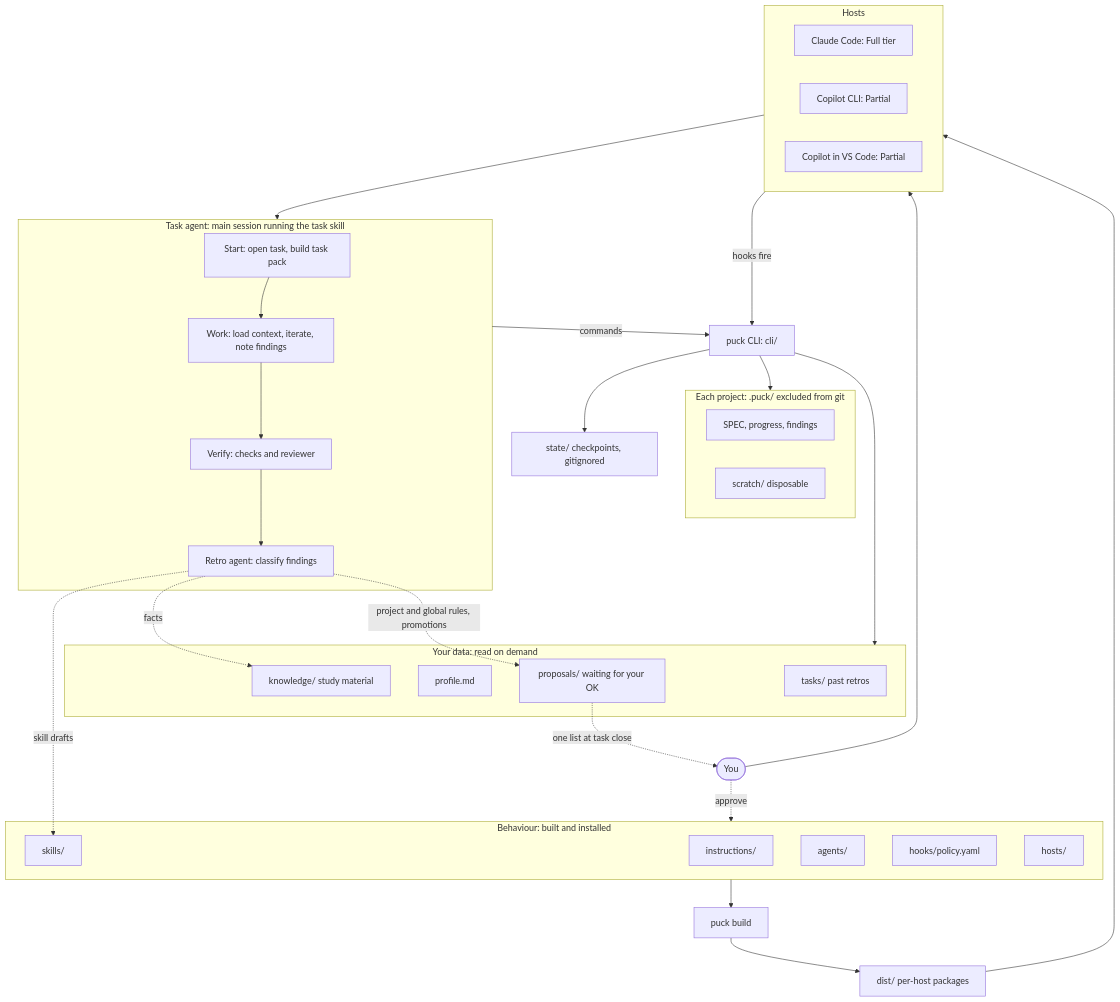
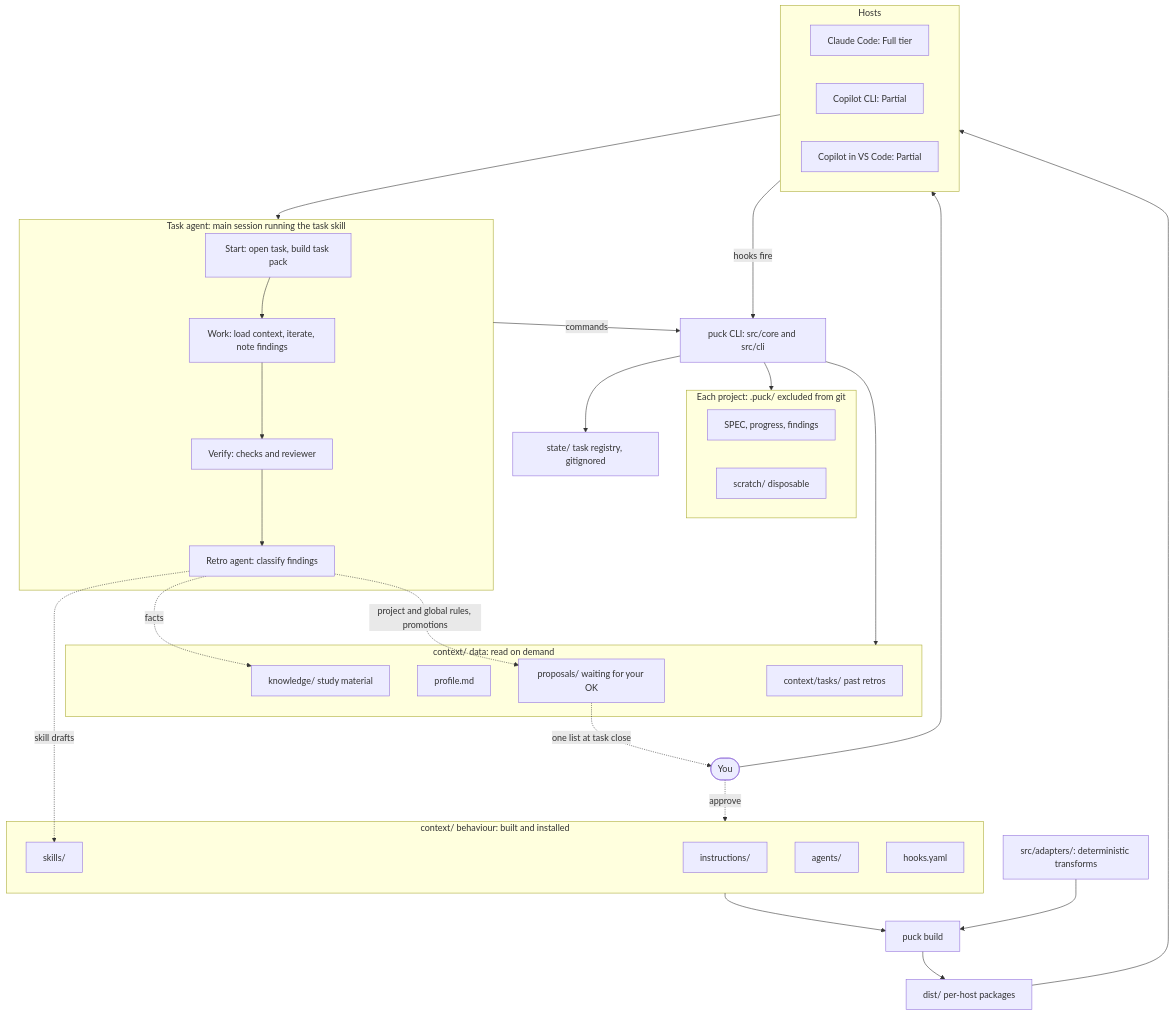
The diagram in docs/design.md (DouglasBergamim/puck), drawn with Mermaid before and after one commit. The commit also changed other lines of this file and 123 other files, not shown here.

````diff
--- a/docs/design.md
+++ b/docs/design.md
@@ -40,62 +42,64 @@
 ```mermaid
 flowchart TB
     you(["You"])
 
-    subgraph behaviour["Behaviour: built and installed"]
+    subgraph behaviour["context/ behaviour: built and installed"]
         instructions["instructions/"]
         skills["skills/"]
         agents["agents/"]
-        hooks["hooks/policy.yaml"]
-        hostcfg["hosts/"]
+        hooks["hooks.yaml"]
     end
+
+    adapters["src/adapters/: deterministic transforms"]
 
     build["puck build"]
     dist["dist/ per-host packages"]
 
     subgraph hostlayer["Hosts"]
         claude["Claude Code: Full tier"]
         copilotcli["Copilot CLI: Partial"]
         vscode["Copilot in VS Code: Partial"]
     end
 
     subgraph runtime["Task agent: main session running the task skill"]
         start["Start: open task, build task pack"]
         work["Work: load context, iterate, note findings"]
         verify["Verify: checks and reviewer"]
         retro["Retro agent: classify findings"]
         start --> work --> verify --> retro
     end
 
-    cli["puck CLI: cli/"]
+    cli["puck CLI: src/core and src/cli"]
 
     subgraph project["Each project: .puck/ excluded from git"]
         taskfiles["SPEC, progress, findings"]
         scratch["scratch/ disposable"]
     end
 
-    subgraph data["Your data: read on demand"]
+    subgraph data["context/ data: read on demand"]
         knowledge["knowledge/ study material"]
         profile["profile.md"]
         proposals["proposals/ waiting for your OK"]
-        retros["tasks/ past retros"]
+        retros["context/tasks/ past retros"]
     end
 
-    state["state/ checkpoints, gitignored"]
+    state["state/ task registry, gitignored"]
 
     behaviour --> build
+    adapters --> build
     build --> dist
     dist --> hostlayer
     you --> hostlayer
     hostlayer --> runtime
     hostlayer -- "hooks fire" --> cli
     runtime -- "commands" --> cli
     cli --> project
     cli --> state
     cli --> data
 
     retro -. "skill drafts" .-> skills
     retro -. "facts" .-> knowledge
     retro -. "project and global rules, promotions" .-> proposals
     proposals -. "one list at task close" .-> you
     you -. "approve" .-> behaviour
 ```
````
